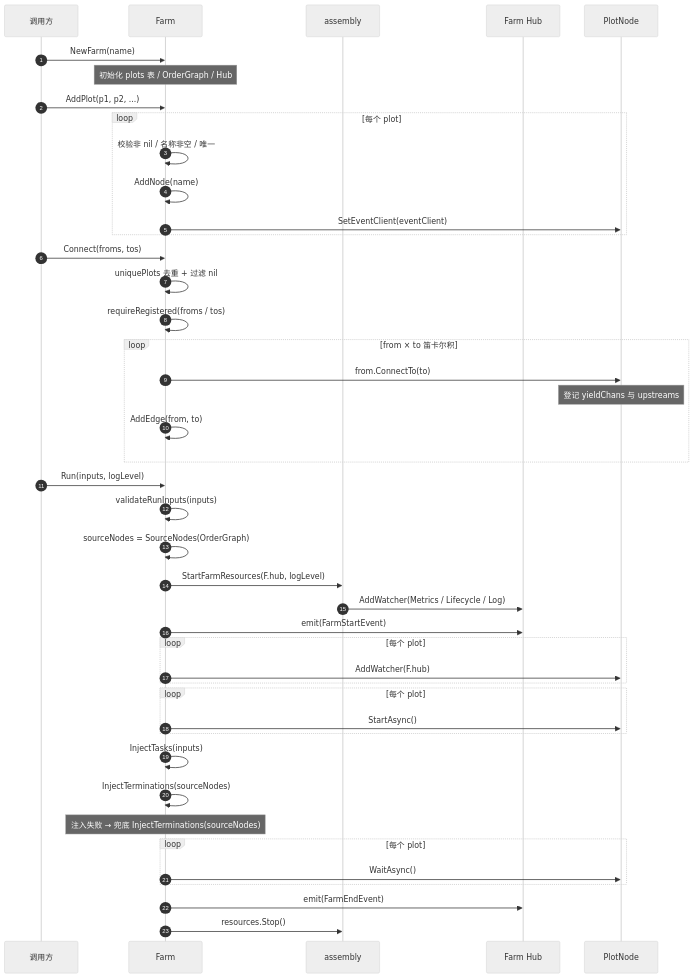
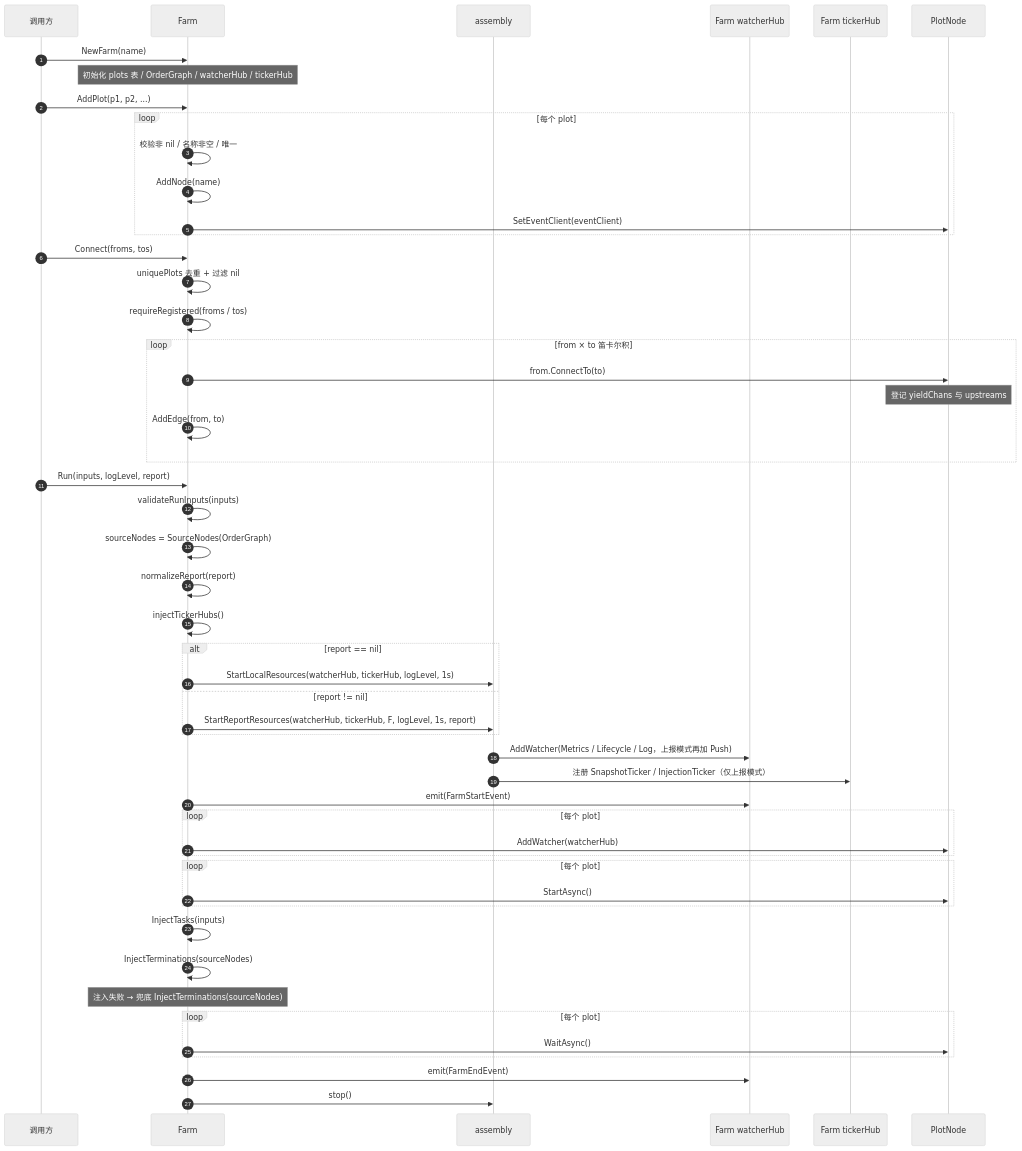
The first of 3 diagrams in docs/zh-CN/pkg/farm/farm.md (Mr-xiaotian/CelestialGrow), drawn with Mermaid (neutral theme) before and after one commit. The commit also changed other lines of this file and 49 other files, not shown here.

````diff
--- a/docs/zh-CN/pkg/farm/farm.md
+++ b/docs/zh-CN/pkg/farm/farm.md
@@ -97,49 +107,57 @@
 ```mermaid
 sequenceDiagram
     autonumber
     participant U as 调用方
     participant F as Farm
     participant A as assembly
-    participant H as Farm Hub
+    participant H as Farm watcherHub
+    participant T as Farm tickerHub
     participant P as PlotNode
 
     U->>F: NewFarm(name)
-    Note over F: 初始化 plots 表 / OrderGraph / Hub
+    Note over F: 初始化 plots 表 / OrderGraph / watcherHub / tickerHub
 
     U->>F: AddPlot(p1, p2, ...)
     loop 每个 plot
         F->>F: 校验非 nil / 名称非空 / 唯一
         F->>F: AddNode(name)
         F->>P: SetEventClient(eventClient)
     end
 
     U->>F: Connect(froms, tos)
     F->>F: uniquePlots 去重 + 过滤 nil
     F->>F: requireRegistered(froms / tos)
     loop from × to 笛卡尔积
         F->>P: from.ConnectTo(to)
         Note over P: 登记 yieldChans 与 upstreams
         F->>F: AddEdge(from, to)
     end
 
-    U->>F: Run(inputs, logLevel)
+    U->>F: Run(inputs, logLevel, report)
     F->>F: validateRunInputs(inputs)
     F->>F: sourceNodes = SourceNodes(OrderGraph)
-    F->>A: StartFarmResources(F.hub, logLevel)
-    A->>H: AddWatcher(Metrics / Lifecycle / Log)
+    F->>F: normalizeReport(report)
+    F->>F: injectTickerHubs()
+    alt report == nil
+        F->>A: StartLocalResources(watcherHub, tickerHub, logLevel, 1s)
+    else report != nil
+        F->>A: StartReportResources(watcherHub, tickerHub, F, logLevel, 1s, report)
+    end
+    A->>H: AddWatcher(Metrics / Lifecycle / Log，上报模式再加 Push)
+    A->>T: 注册 SnapshotTicker / InjectionTicker（仅上报模式）
     F->>H: emit(FarmStartEvent)
     loop 每个 plot
-        F->>P: AddWatcher(F.hub)
+        F->>P: AddWatcher(watcherHub)
     end
     loop 每个 plot
         F->>P: StartAsync()
     end
     F->>F: InjectTasks(inputs)
     F->>F: InjectTerminations(sourceNodes)
     Note over F: 注入失败 → 兜底 InjectTerminations(sourceNodes)
     loop 每个 plot
         F->>P: WaitAsync()
     end
     F->>H: emit(FarmEndEvent)
-    F->>A: resources.Stop()
+    F->>A: stop()
 ```
````
